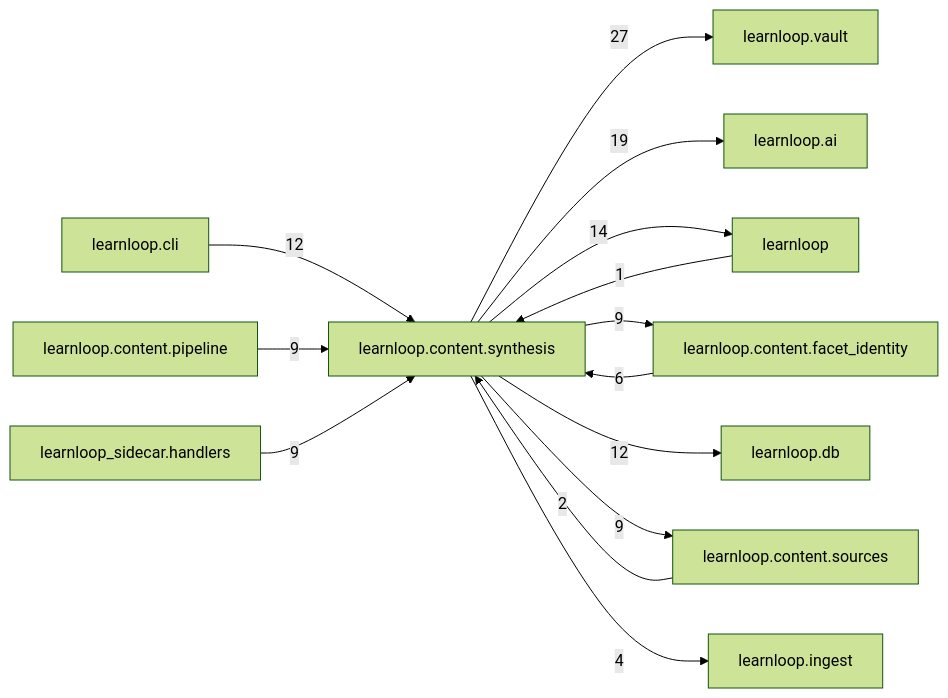
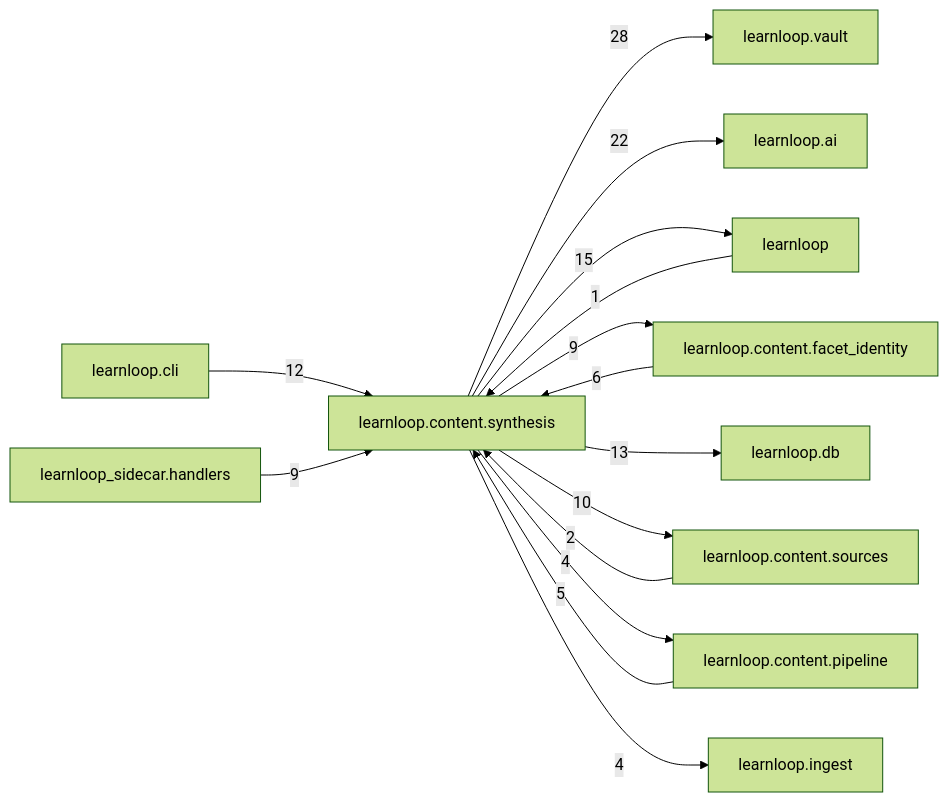
Before and after one commit to 6up-b/learnanything: the diagram in docs/learnloop-architecture-vault/Reference/Modules/learnloop/content/synthesis/_package.md, drawn with Mermaid (forest theme). The commit also changed other lines of this file and 315 other files, not shown here.

````diff
--- a/docs/learnloop-architecture-vault/Reference/Modules/learnloop/content/synthesis/_package.md
+++ b/docs/learnloop-architecture-vault/Reference/Modules/learnloop/content/synthesis/_package.md
@@ -126,27 +129,28 @@
 ```mermaid
 flowchart LR
     center["learnloop.content.synthesis"]
     n_learnloop_vault["learnloop.vault"]
     n_learnloop_ai["learnloop.ai"]
     n_learnloop["learnloop"]
     n_learnloop_content_facet_identity["learnloop.content.facet_identity"]
+    n_learnloop_db["learnloop.db"]
     n_learnloop_cli["learnloop.cli"]
-    n_learnloop_db["learnloop.db"]
     n_learnloop_content_sources["learnloop.content.sources"]
     n_learnloop_content_pipeline["learnloop.content.pipeline"]
     n_learnloop_sidecar_handlers["learnloop_sidecar.handlers"]
     n_learnloop_ingest["learnloop.ingest"]
-    center -->|27| n_learnloop_vault
-    center -->|19| n_learnloop_ai
+    center -->|28| n_learnloop_vault
+    center -->|22| n_learnloop_ai
     n_learnloop -->|1| center
-    center -->|14| n_learnloop
+    center -->|15| n_learnloop
     n_learnloop_content_facet_identity -->|6| center
     center -->|9| n_learnloop_content_facet_identity
+    center -->|13| n_learnloop_db
     n_learnloop_cli -->|12| center
-    center -->|12| n_learnloop_db
     n_learnloop_content_sources -->|2| center
-    center -->|9| n_learnloop_content_sources
-    n_learnloop_content_pipeline -->|9| center
+    center -->|10| n_learnloop_content_sources
+    n_learnloop_content_pipeline -->|5| center
+    center -->|4| n_learnloop_content_pipeline
     n_learnloop_sidecar_handlers -->|9| center
     center -->|4| n_learnloop_ingest
 ```
````
